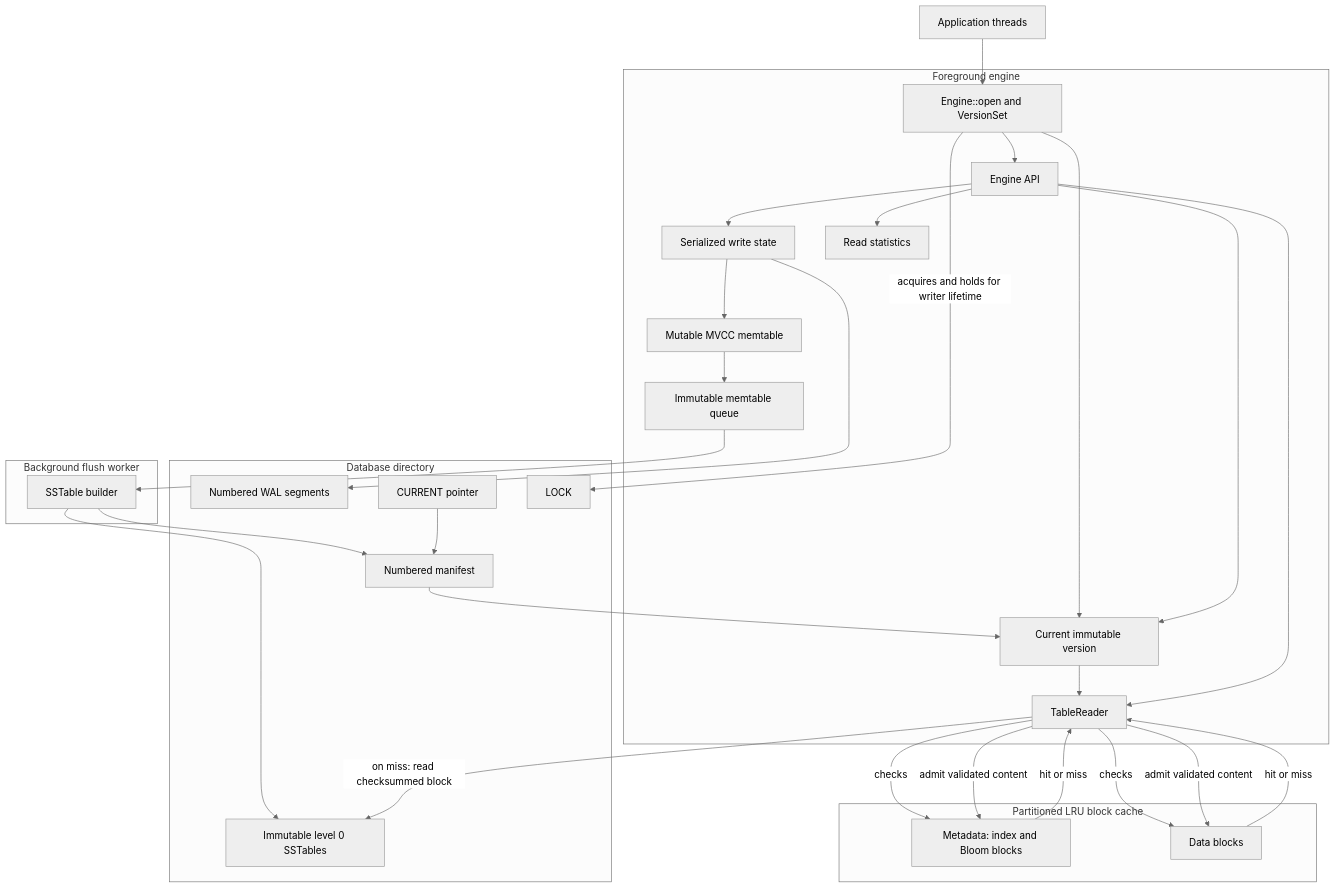
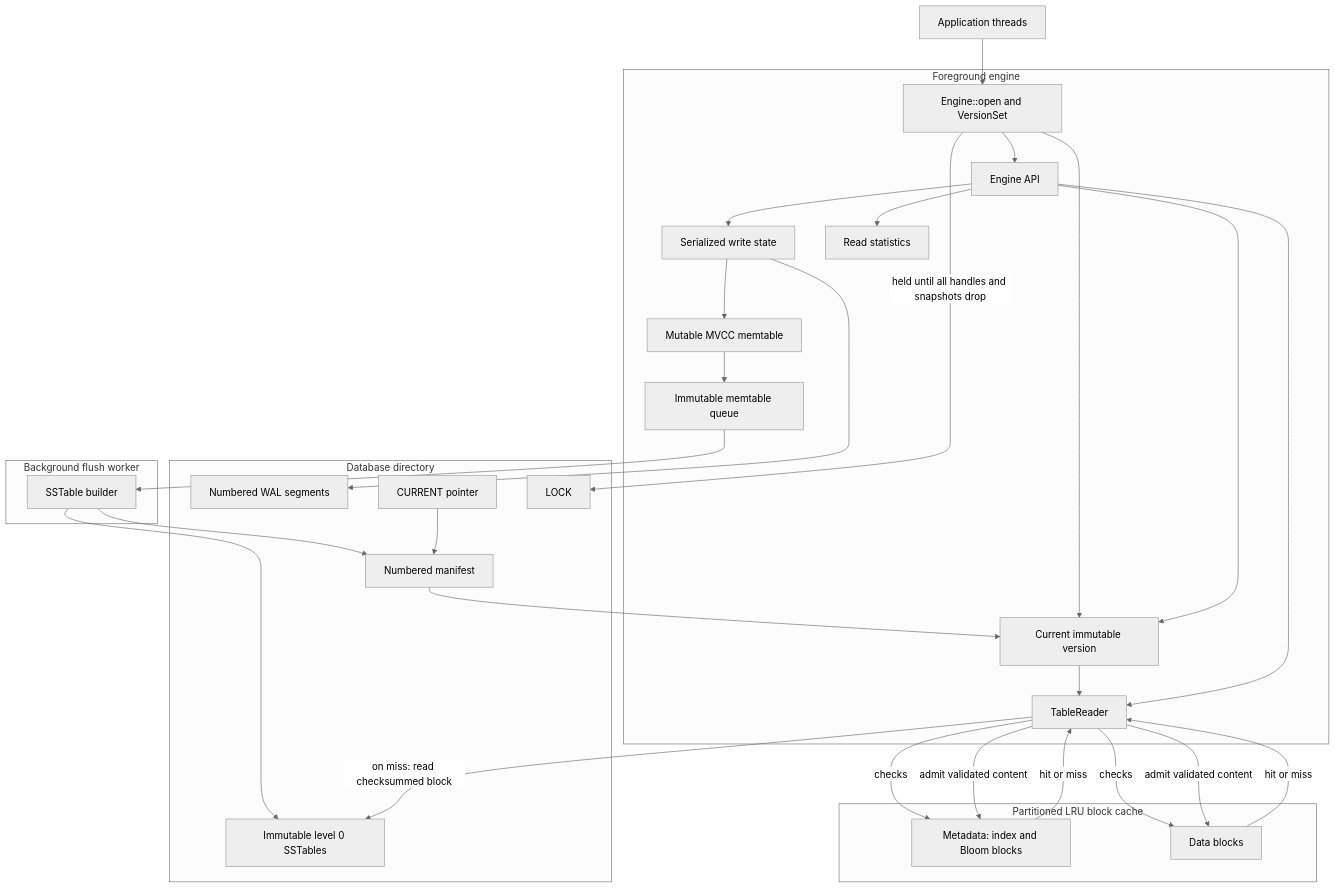
One commit to shresthhh/MeteorDB changed the first of 3 diagrams in docs/architecture.md. Above: the diagram before and after it, drawn with Mermaid (neutral theme). The commit also changed other lines of this file, not shown here.

Commit message:
docs: clarify database lock lifetime

````diff
--- a/docs/architecture.md
+++ b/docs/architecture.md
@@ -10,57 +10,57 @@
 ```mermaid
 flowchart TB
     App[Application threads]
 
     subgraph Foreground[Foreground engine]
         Open[Engine::open and VersionSet]
         API[Engine API]
         Writer[Serialized write state]
         Mutable[Mutable MVCC memtable]
         Immutable[Immutable memtable queue]
         Versions[Current immutable version]
         Reader[TableReader]
         Stats[Read statistics]
     end
 
     subgraph Durable[Database directory]
         WAL[Numbered WAL segments]
         Tables[Immutable level 0 SSTables]
         Manifest[Numbered manifest]
         Current[CURRENT pointer]
         Lock[LOCK]
     end
 
     subgraph Background[Background flush worker]
         Builder[SSTable builder]
     end
 
     subgraph Cache[Partitioned LRU block cache]
         Metadata[Metadata: index and Bloom blocks]
         Data[Data blocks]
     end
 
     App --> Open
     Open --> API
     Open --> Versions
-    Open -->|acquires and holds for writer lifetime| Lock
+    Open -->|held until all handles and snapshots drop| Lock
     API --> Writer
     Writer --> WAL
     Writer --> Mutable
     Mutable --> Immutable
     Immutable --> Builder
     Builder --> Tables
     Builder --> Manifest
     Manifest --> Versions
     Current --> Manifest
     API --> Versions
     Versions --> Reader
     API --> Reader
     Reader -->|checks| Metadata
     Reader -->|checks| Data
     Metadata -->|hit or miss| Reader
     Data -->|hit or miss| Reader
     Reader -->|on miss: read checksummed block| Tables
     Reader -->|admit validated content| Metadata
     Reader -->|admit validated content| Data
     API --> Stats
 ```
````
